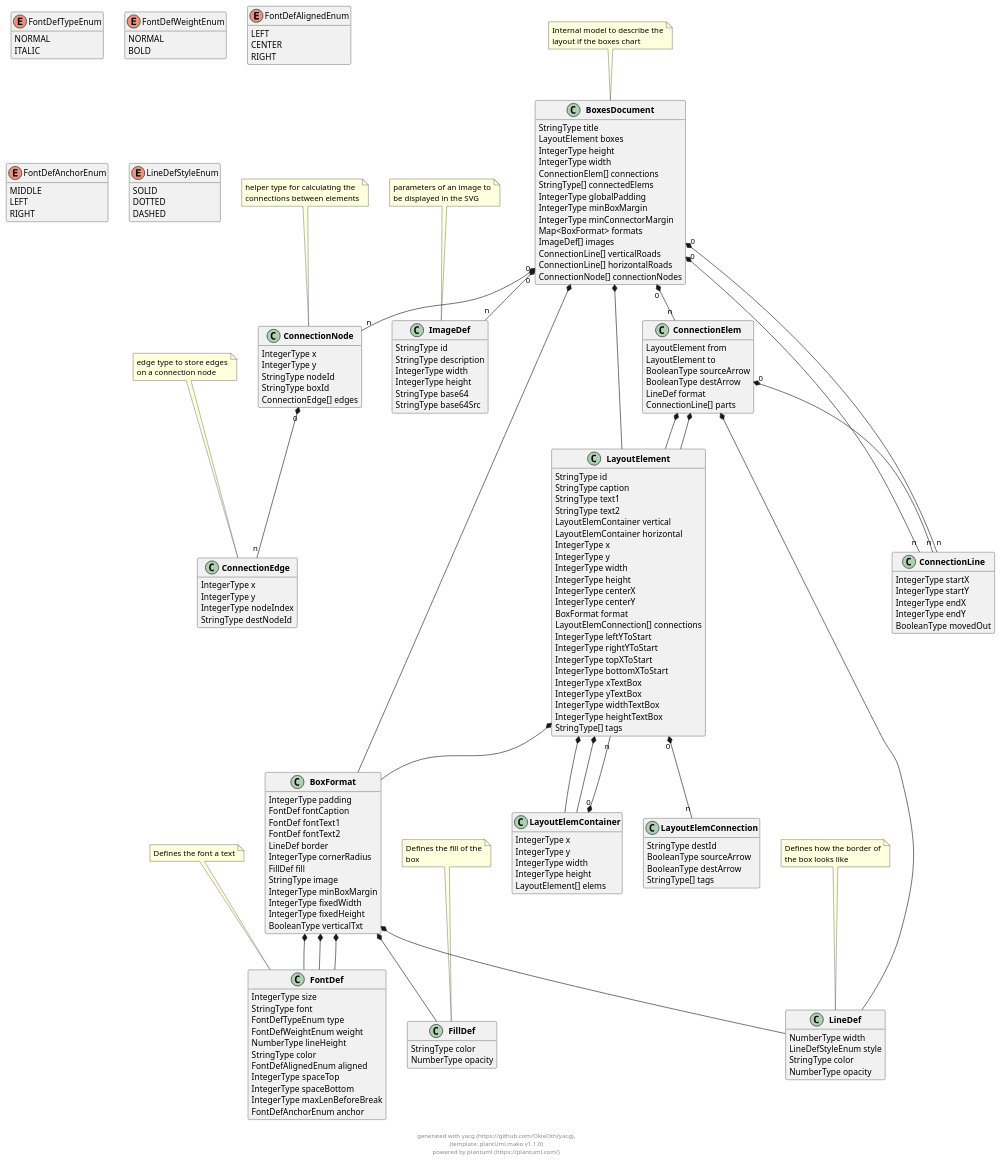
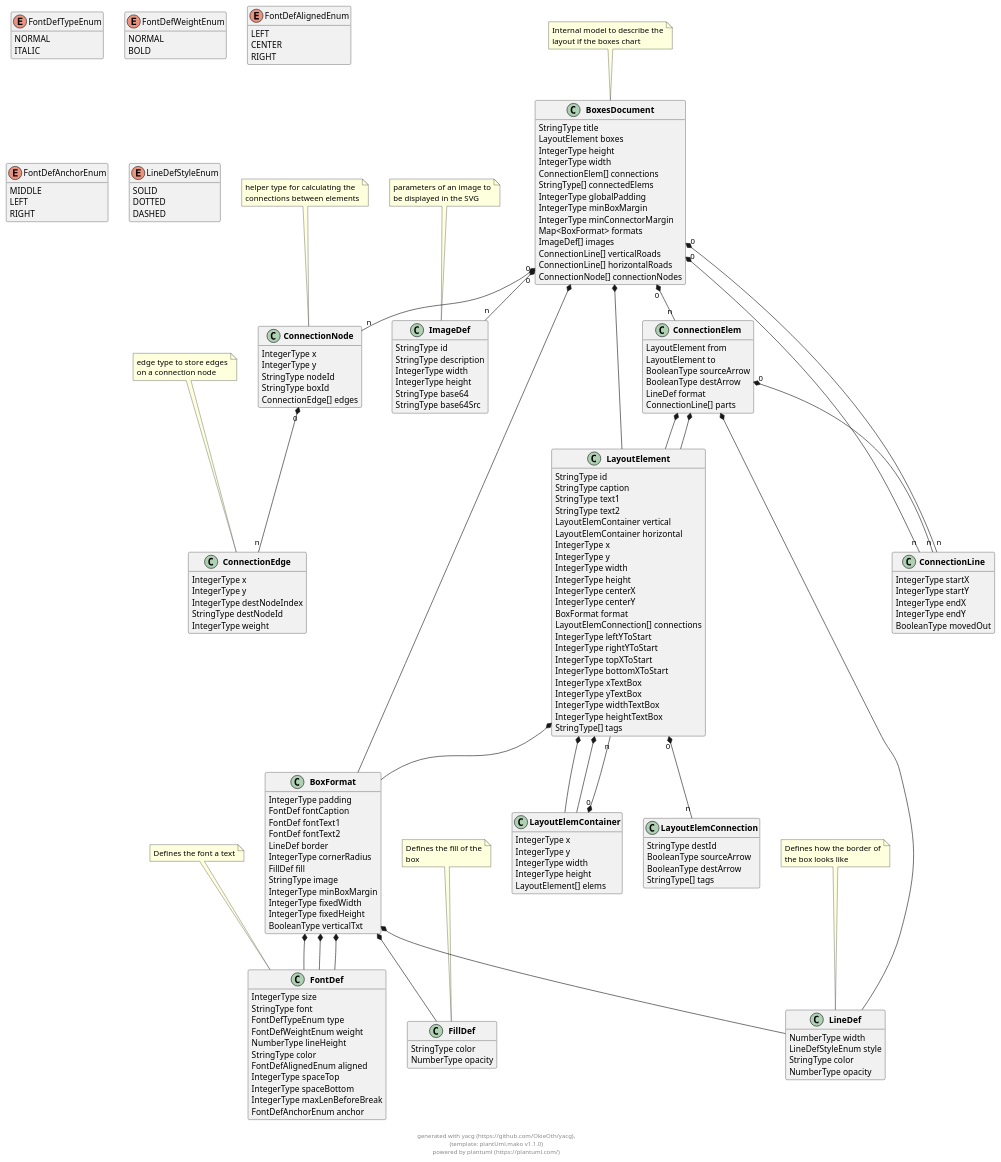
The diagram in docs/models/puml/boxes_document.puml (OkieOth/draw.chart.things), drawn with PlantUML before and after one commit. The commit also changed 10 other files, not shown here.

```diff
--- a/docs/models/puml/boxes_document.puml
+++ b/docs/models/puml/boxes_document.puml
@@ -124,8 +124,9 @@
 class "**ConnectionEdge**" as ConnectionEdge {
         IntegerType x
         IntegerType y
-        IntegerType nodeIndex
+        IntegerType destNodeIndex
         StringType destNodeId
+        IntegerType weight
 }
 note top: edge type to store edges\non a connection node
 
@@ -317,6 +318,7 @@
 
 
 
+
     
 
 
```
